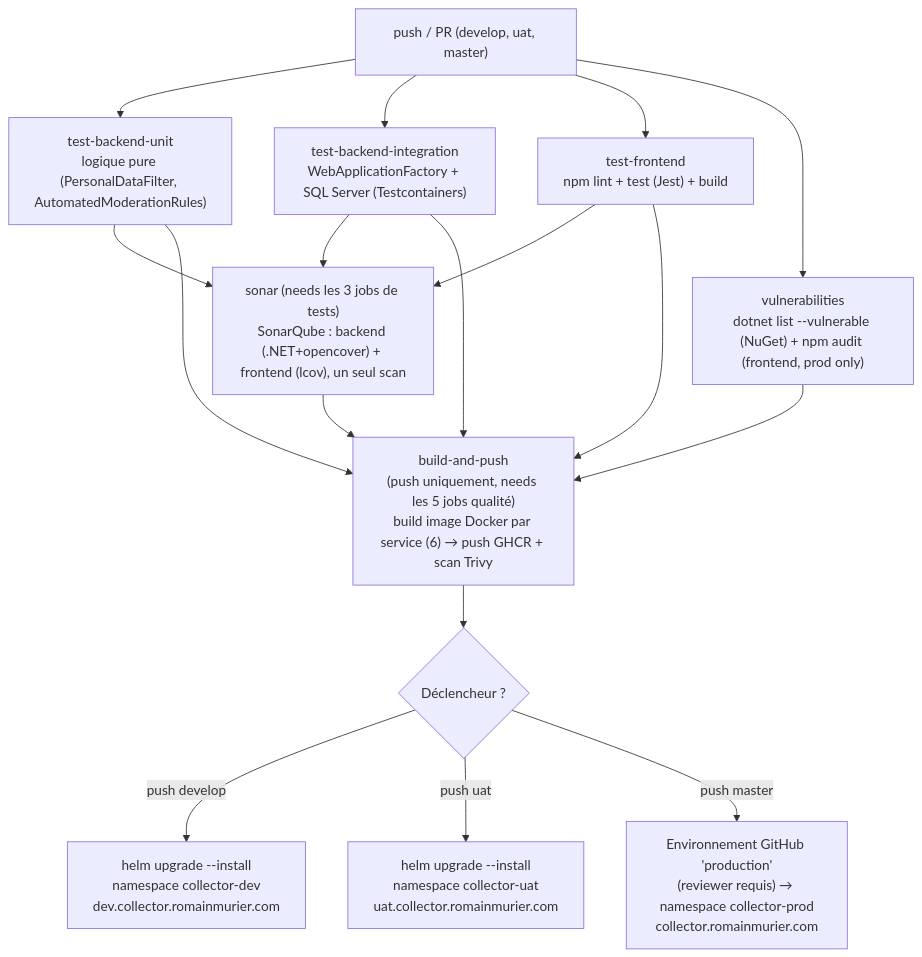
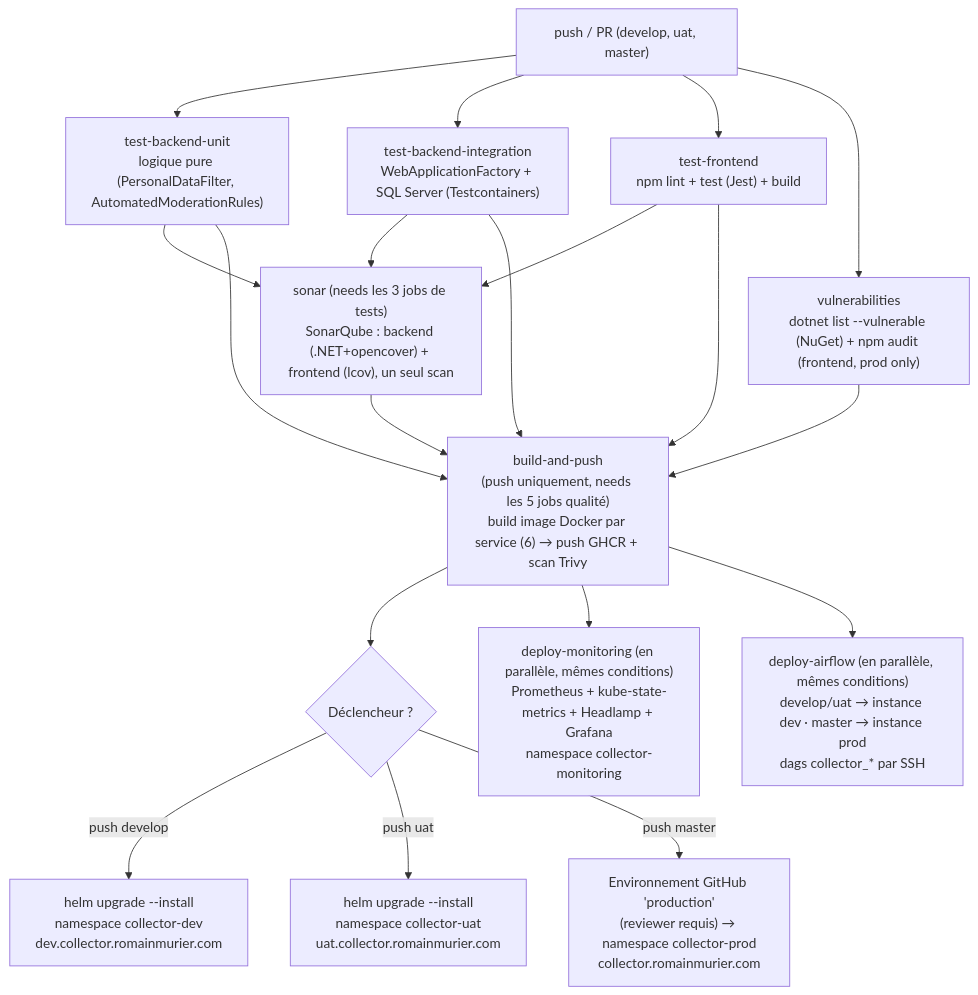
The second of 2 diagrams in README.md (RMurier/CESI-CUBE-3-BAC-5-INDIVIDUEL), drawn with Mermaid before and after one commit. The commit also changed other lines of this file and 113 other files, not shown here.

````diff
--- a/README.md
+++ b/README.md
@@ -303,19 +331,21 @@
 ```mermaid
 flowchart TD
     A["push / PR (develop, uat, master)"] --> B["test-backend-unit<br/>logique pure (PersonalDataFilter, AutomatedModerationRules)"]
     A --> B2["test-backend-integration<br/>WebApplicationFactory + SQL Server (Testcontainers)"]
     A --> C["test-frontend<br/>npm lint + test (Jest) + build"]
     A --> D["vulnerabilities<br/>dotnet list --vulnerable (NuGet) + npm audit (frontend, prod only)"]
     B --> E["sonar (needs les 3 jobs de tests)<br/>SonarQube : backend (.NET+opencover) + frontend (lcov), un seul scan"]
     B2 --> E
     C --> E
     B --> F["build-and-push<br/>(push uniquement, needs les 5 jobs qualité)<br/>build image Docker par service (6) → push GHCR + scan Trivy"]
     B2 --> F
     C --> F
     D --> F
     E --> F
     F --> G{"Déclencheur ?"}
     G -->|push develop| H["helm upgrade --install<br/>namespace collector-dev<br/>dev.collector.romainmurier.com"]
     G -->|push uat| I["helm upgrade --install<br/>namespace collector-uat<br/>uat.collector.romainmurier.com"]
     G -->|push master| J["Environnement GitHub 'production'<br/>(reviewer requis) → namespace collector-prod<br/>collector.romainmurier.com"]
+    F --> K["deploy-monitoring (en parallèle, mêmes conditions)<br/>Prometheus + kube-state-metrics + Headlamp + Grafana<br/>namespace collector-monitoring"]
+    F --> L["deploy-airflow (en parallèle, mêmes conditions)<br/>develop/uat → instance dev · master → instance prod<br/>dags collector_* par SSH"]
 ```
````
